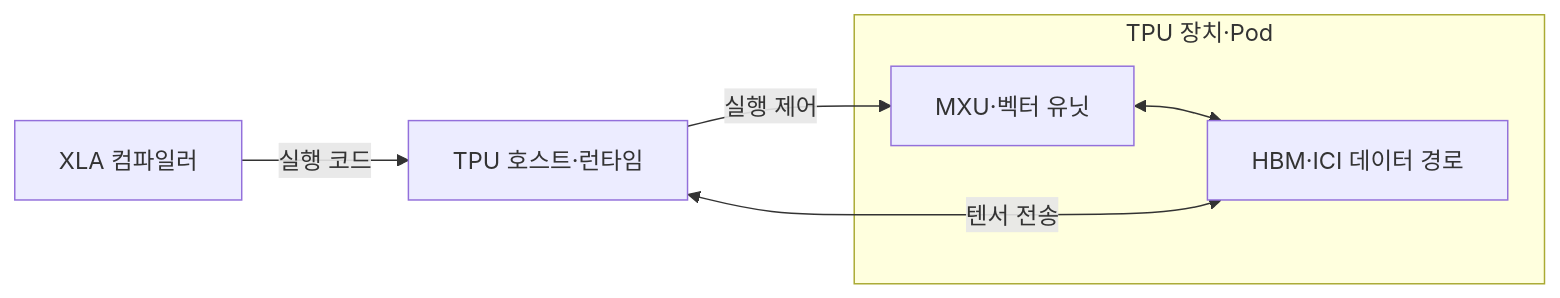
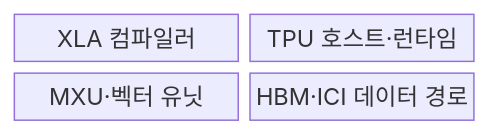
The first of 2 diagrams in src/content/docs/notes/02-hardware/043_tensor_processing_unit.md (agnusdei1207/knowledge-base), drawn with Mermaid before and after one commit. The commit also changed other lines of this file and 20 other files, not shown here.

````diff
--- a/src/content/docs/notes/02-hardware/043_tensor_processing_unit.md
+++ b/src/content/docs/notes/02-hardware/043_tensor_processing_unit.md
@@ -68,9 +66,8 @@
 ```mermaid
-flowchart LR
-    X[XLA 컴파일러] -->|실행 코드| H[TPU 호스트·런타임]
-    subgraph T["TPU 장치·Pod"]
-        C[MXU·벡터 유닛] <--> D[HBM·ICI 데이터 경로]
-    end
-    H -->|실행 제어| C
-    H <-->|텐서 전송| D
+block
+    columns 2
+    X["XLA 컴파일러"]
+    H["TPU 호스트·런타임"]
+    C["MXU·벡터 유닛"]
+    D["HBM·ICI 데이터 경로"]
 ```
````
